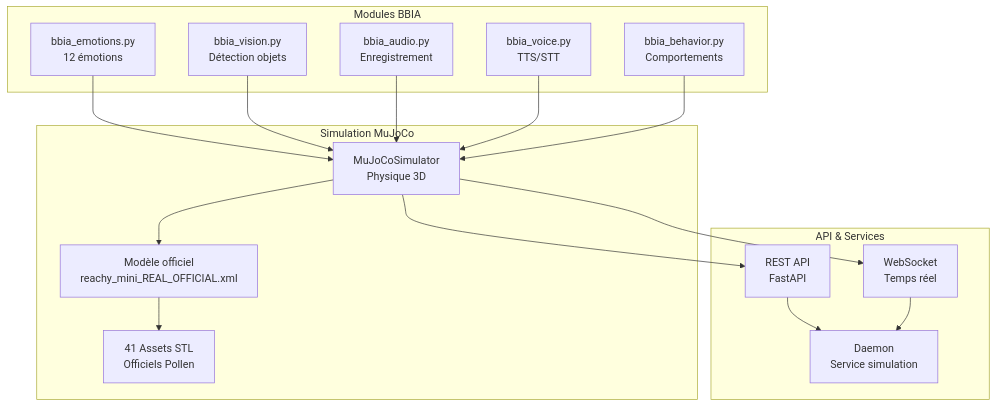
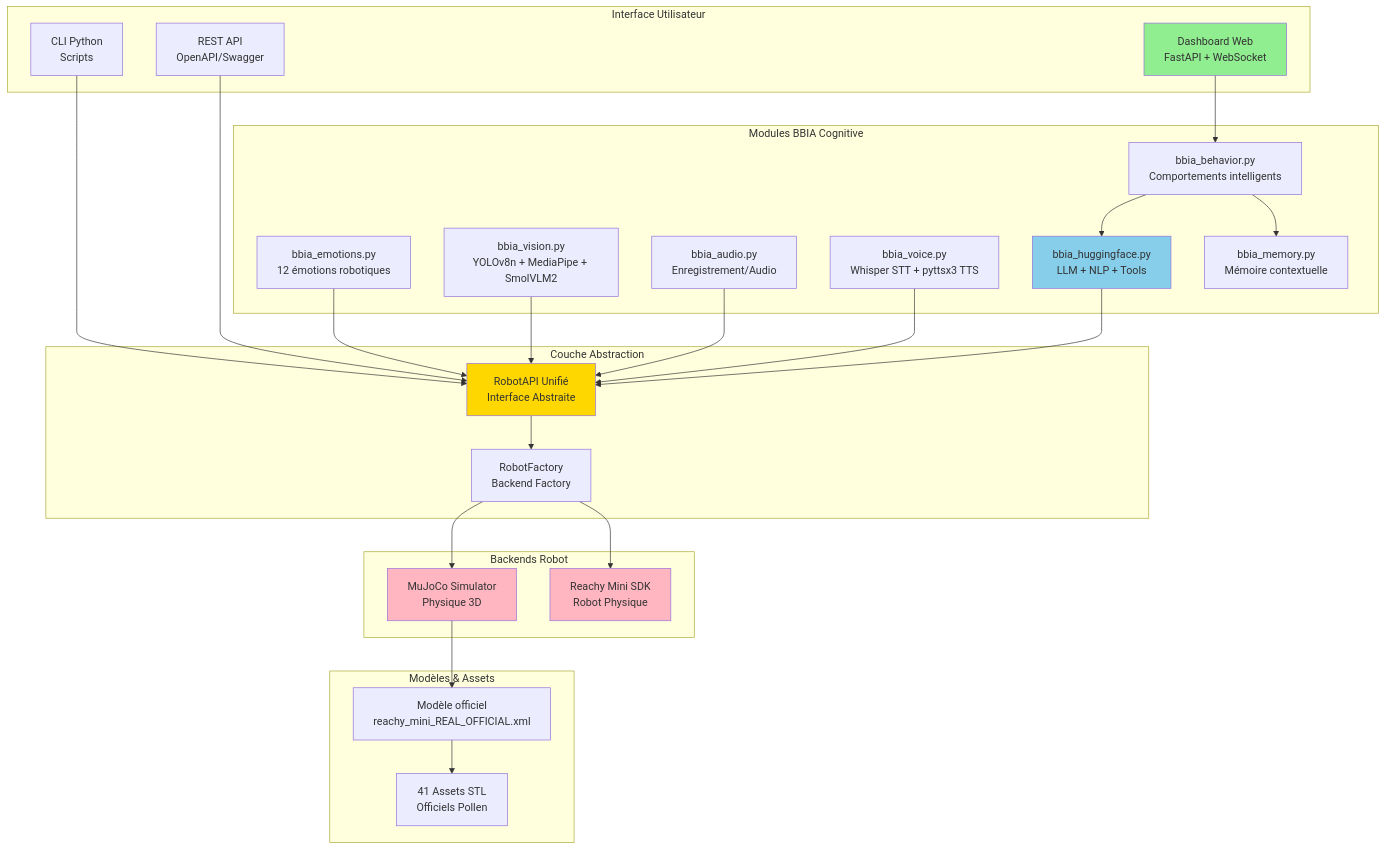
Before and after one commit to arkalia-luna-system/bbia-sim: the first of 2 diagrams in README.md, drawn with Mermaid. The commit also changed other lines of this file and 3 other files, not shown here.

First line of the commit message:
docs: amélioration majeure documentation avec 25+ diagrammes Mermaid

````diff
--- a/README.md
+++ b/README.md
@@ -106,36 +108,58 @@
 ```mermaid
 graph TB
-    subgraph "Modules BBIA"
-        EMOTIONS[bbia_emotions.py<br/>12 émotions]
-        VISION[bbia_vision.py<br/>Détection objets]
-        AUDIO[bbia_audio.py<br/>Enregistrement]
-        VOICE[bbia_voice.py<br/>TTS/STT]
-        BEHAVIOR[bbia_behavior.py<br/>Comportements]
+    subgraph "Interface Utilisateur"
+        WEB[Dashboard Web<br/>FastAPI + WebSocket]
+        CLI[CLI Python<br/>Scripts]
+        API[REST API<br/>OpenAPI/Swagger]
     end
     
-    subgraph "Simulation MuJoCo"
-        SIMULATOR[MuJoCoSimulator<br/>Physique 3D]
+    subgraph "Modules BBIA Cognitive"
+        EMOTIONS[bbia_emotions.py<br/>12 émotions robotiques]
+        VISION[bbia_vision.py<br/>YOLOv8n + MediaPipe + SmolVLM2]
+        AUDIO[bbia_audio.py<br/>Enregistrement/Audio]
+        VOICE[bbia_voice.py<br/>Whisper STT + pyttsx3 TTS]
+        BEHAVIOR[bbia_behavior.py<br/>Comportements intelligents]
+        HF[bbia_huggingface.py<br/>LLM + NLP + Tools]
+        MEMORY[bbia_memory.py<br/>Mémoire contextuelle]
+    end
+    
+    subgraph "Couche Abstraction"
+        ROBOTAPI[RobotAPI Unifié<br/>Interface Abstraite]
+        FACTORY[RobotFactory<br/>Backend Factory]
+    end
+    
+    subgraph "Backends Robot"
+        MUJOCO[MuJoCo Simulator<br/>Physique 3D]
+        REACHY[Reachy Mini SDK<br/>Robot Physique]
+    end
+    
+    subgraph "Modèles & Assets"
         MODEL[Modèle officiel<br/>reachy_mini_REAL_OFFICIAL.xml]
         ASSETS[41 Assets STL<br/>Officiels Pollen]
     end
     
-    subgraph "API & Services"
-        REST[REST API<br/>FastAPI]
-        WEBSOCKET[WebSocket<br/>Temps réel]
-        DAEMON[Daemon<br/>Service simulation]
-    end
+    WEB --> BEHAVIOR
+    CLI --> ROBOTAPI
+    API --> ROBOTAPI
     
-    EMOTIONS --> SIMULATOR
-    VISION --> SIMULATOR
-    AUDIO --> SIMULATOR
-    VOICE --> SIMULATOR
-    BEHAVIOR --> SIMULATOR
+    EMOTIONS --> ROBOTAPI
+    VISION --> ROBOTAPI
+    AUDIO --> ROBOTAPI
+    VOICE --> ROBOTAPI
+    BEHAVIOR --> HF
+    BEHAVIOR --> MEMORY
+    HF --> ROBOTAPI
     
-    SIMULATOR --> MODEL
+    ROBOTAPI --> FACTORY
+    FACTORY --> MUJOCO
+    FACTORY --> REACHY
+    
+    MUJOCO --> MODEL
     MODEL --> ASSETS
     
-    SIMULATOR --> REST
-    SIMULATOR --> WEBSOCKET
-    REST --> DAEMON
-    WEBSOCKET --> DAEMON
+    style WEB fill:#90EE90
+    style ROBOTAPI fill:#FFD700
+    style HF fill:#87CEEB
+    style MUJOCO fill:#FFB6C1
+    style REACHY fill:#FFB6C1
 ```
````
